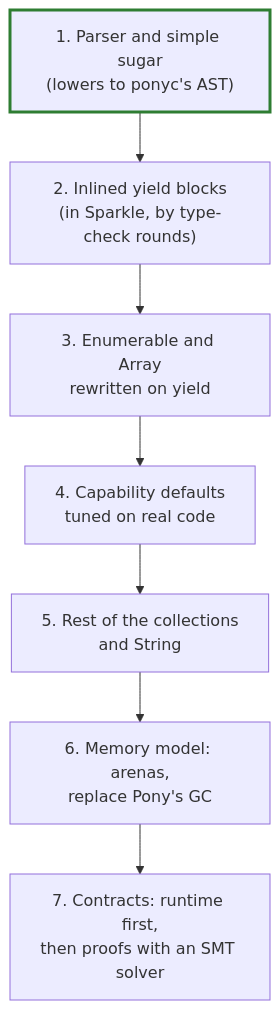
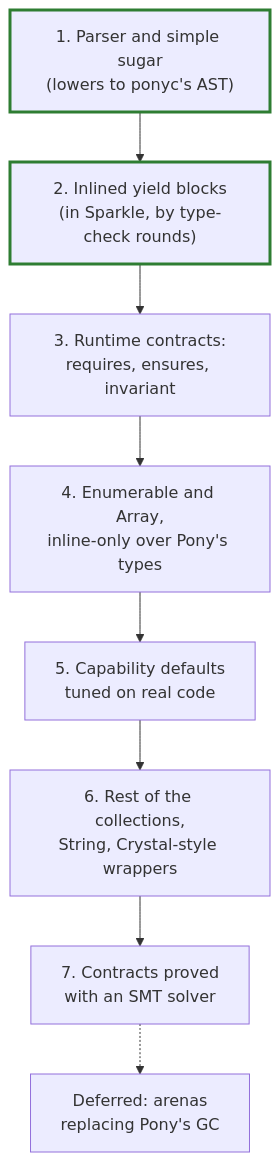
Before and after one commit to nogginly/sparkle: the fourth of 6 diagrams in DESIGN.md, drawn with Mermaid. The commit also changed other lines of this file and 3 other files, not shown here.

First line of the commit message:
Record the library and roadmap decisions, and propose contracts

````diff
--- a/DESIGN.md
+++ b/DESIGN.md
@@ -151,10 +159,12 @@
 ```mermaid
 flowchart TD
     S1["1. Parser and simple sugar<br/>(lowers to ponyc's AST)"] --> S2["2. Inlined yield blocks<br/>(in Sparkle, by type-check rounds)"]
-    S2 --> S3["3. Enumerable and Array<br/>rewritten on yield"]
-    S3 --> S4["4. Capability defaults<br/>tuned on real code"]
-    S4 --> S5["5. Rest of the collections<br/>and String"]
-    S5 --> S6["6. Memory model: arenas,<br/>replace Pony's GC"]
-    S6 --> S7["7. Contracts: runtime first,<br/>then proofs with an SMT solver"]
+    S2 --> S3["3. Runtime contracts:<br/>requires, ensures, invariant"]
+    S3 --> S4["4. Enumerable and Array,<br/>inline-only over Pony's types"]
+    S4 --> S5["5. Capability defaults<br/>tuned on real code"]
+    S5 --> S6["6. Rest of the collections,<br/>String, Crystal-style wrappers"]
+    S6 --> S7["7. Contracts proved<br/>with an SMT solver"]
+    S7 -.-> S8["Deferred: arenas<br/>replacing Pony's GC"]
     style S1 stroke:#2e7d32,stroke-width:3px
+    style S2 stroke:#2e7d32,stroke-width:3px
 ```
````
